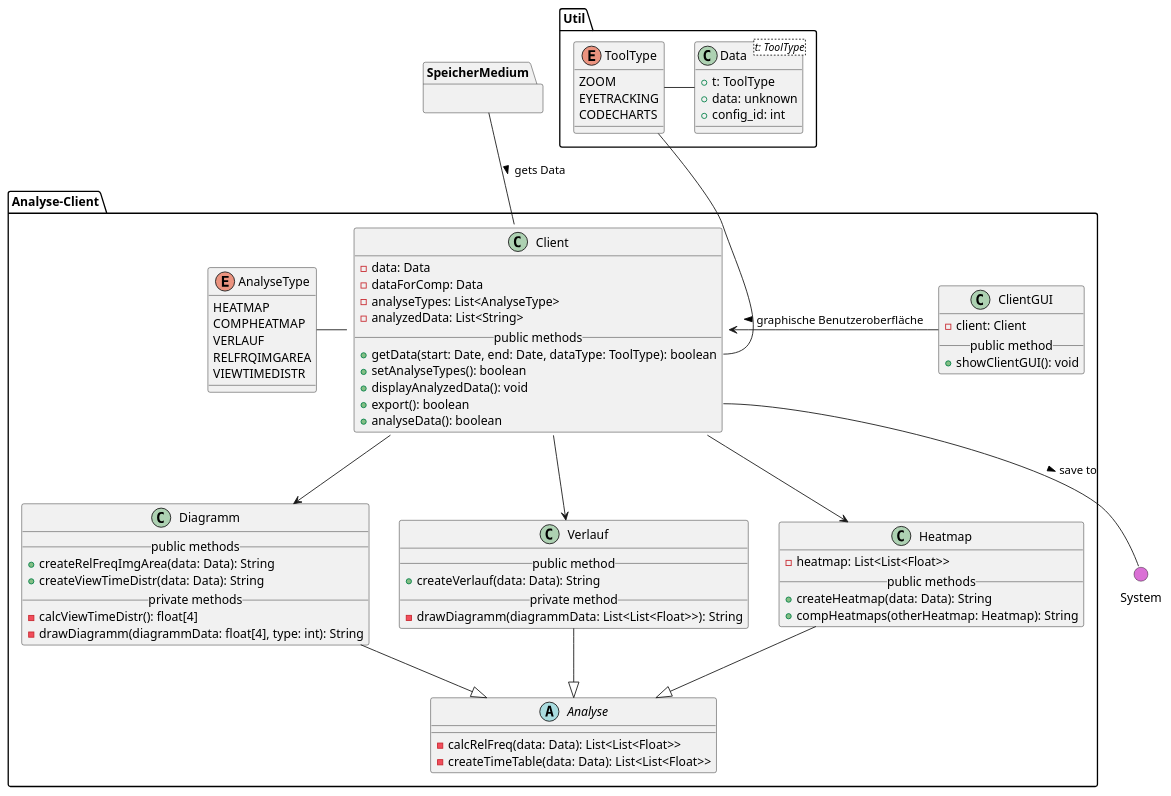
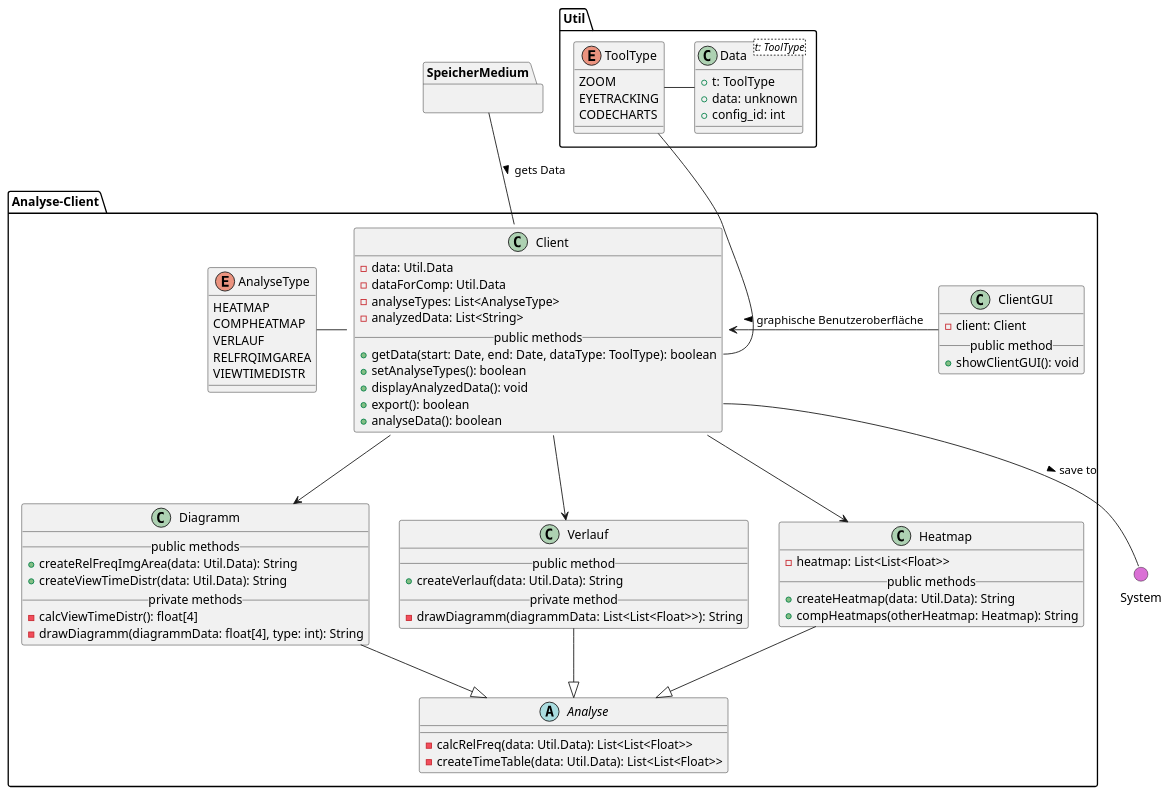
Before and after one commit to weichware10/meilensteine: the diagram in meilenstein_03/uml-analyse-client/analyseclient.puml, drawn with PlantUML.

Commit message:
Typ: Data -> Util.Data

```diff
--- a/meilenstein_03/uml-analyse-client/analyseclient.puml
+++ b/meilenstein_03/uml-analyse-client/analyseclient.puml
@@ -1,112 +1,112 @@
 @startuml analyseclient
 
 ' === ANALYSE CLIENT ===
 package Analyse-Client{
   
   ' Client
   class Client {
-    - data: Data
-    - dataForComp: Data
+    - data: Util.Data
+    - dataForComp: Util.Data
     - analyseTypes: List<AnalyseType>
     - analyzedData: List<String>
     __public methods__
     + getData(start: Date, end: Date, dataType: ToolType): boolean
     + setAnalyseTypes(): boolean
     + displayAnalyzedData(): void
     + export(): boolean
     + analyseData(): boolean
   }
 
   ' Analyse
   abstract Analyse {
-    - calcRelFreq(data: Data): List<List<Float>>
-    - createTimeTable(data: Data): List<List<Float>>
+    - calcRelFreq(data: Util.Data): List<List<Float>>
+    - createTimeTable(data: Util.Data): List<List<Float>>
   }
 
   ' Heatmap
   class Heatmap {
     - heatmap: List<List<Float>>
     __public methods__
-    + createHeatmap(data: Data): String
+    + createHeatmap(data: Util.Data): String
     + compHeatmaps(otherHeatmap: Heatmap): String
   }
 
   ' Verlauf
   class Verlauf {
     __public method__
-    + createVerlauf(data: Data): String
+    + createVerlauf(data: Util.Data): String
     __private method__
     - drawDiagramm(diagrammData: List<List<Float>>): String
   }
 
   ' Diagramm
   class Diagramm {
     __public methods__
-    + createRelFreqImgArea(data: Data): String
-    + createViewTimeDistr(data: Data): String
+    + createRelFreqImgArea(data: Util.Data): String
+    + createViewTimeDistr(data: Util.Data): String
     __private methods__
     - calcViewTimeDistr(): float[4]
     - drawDiagramm(diagrammData: float[4], type: int): String
   }
 
   ' Type
   enum AnalyseType {
     HEATMAP
     COMPHEATMAP
     VERLAUF
     RELFRQIMGAREA
     VIEWTIMEDISTR
   }
 
   ' ClientGUI
   class ClientGUI {
     - client: Client
     __public method__
     + showClientGUI(): void
   }
 
   ' Vererbung
   Analyse <|-u- Heatmap
   Analyse <|-u- Verlauf
   Analyse <|-u- Diagramm
 
   ' Interaktionen
   Client -d-> Heatmap 
   Client -d-> Verlauf
   Client -d-> Diagramm
   Client -l- AnalyseType
   Client <-r- ClientGUI : < graphische Benutzeroberfläche
 
 }
 
 ' Blackbox
 package SpeicherMedium {}
 
 package Util {
   
   ' Typen der erhobenen Daten
   enum ToolType {
     ZOOM
     EYETRACKING
     CODECHARTS
   }
 
   ' Daten
   class Data<t: ToolType> {
     + t: ToolType
     + data: unknown
     + config_id: int
   }
 
   ' Interaktionen
   Data -l- ToolType
 }
 
 () System #DA70D5
 
 ' Interaktionen
 Client::getData -u- ToolType
 Client::export -- System: > save to
 Client -u- SpeicherMedium : < gets Data
 
 @enduml
```
